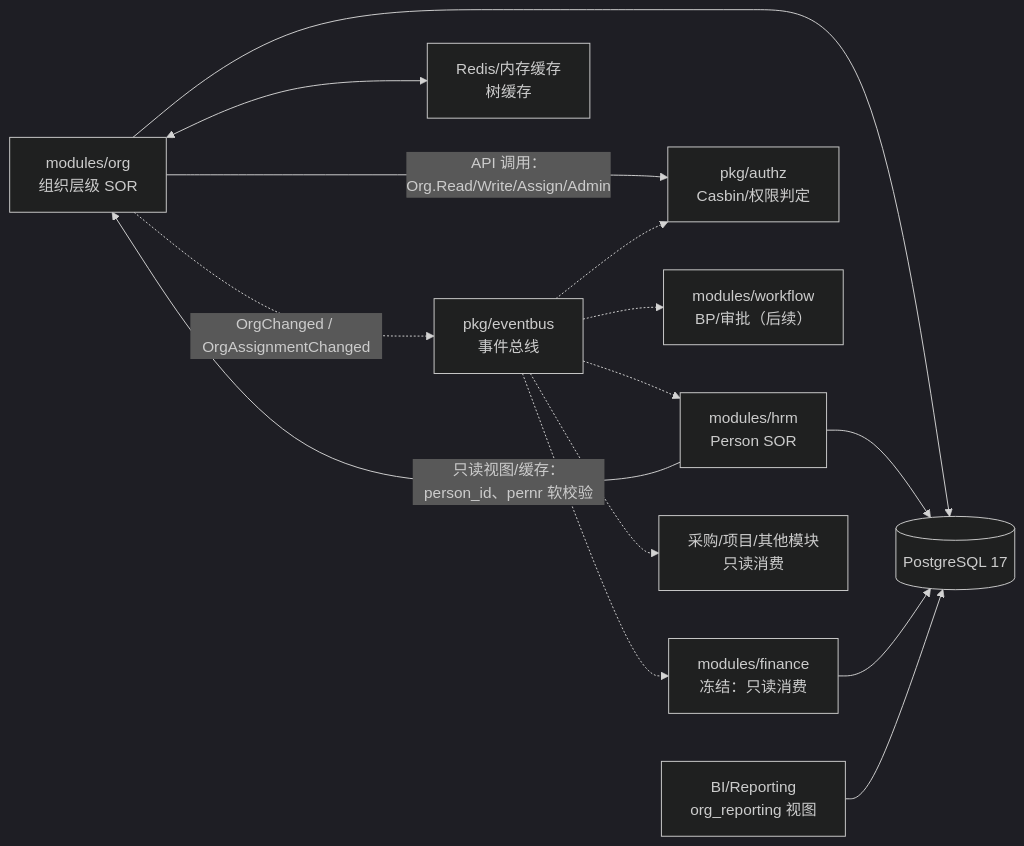
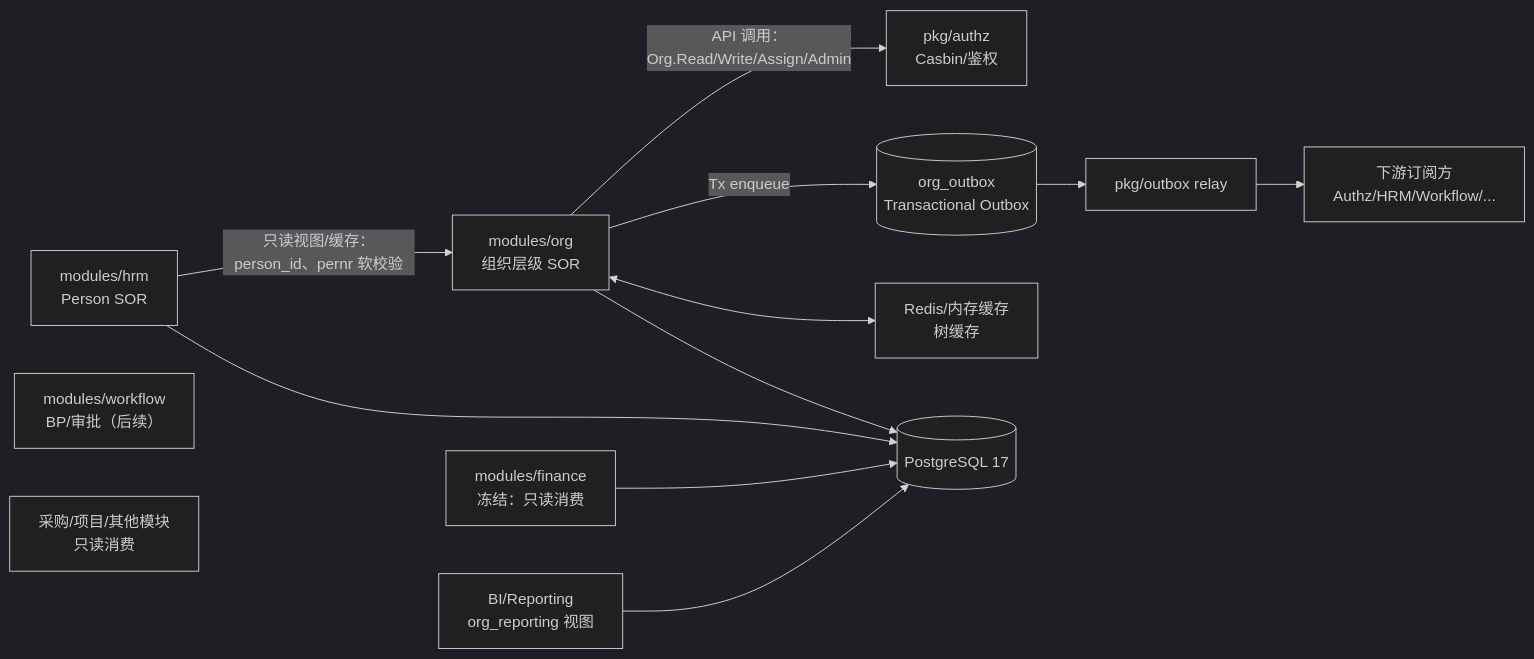
Before and after one commit to jacksonlee411/Bugs-Blossoms: the diagram in docs/dev-plans/020-organization-lifecycle.md, drawn with Mermaid (dark theme). The commit also changed other lines of this file and 7 other files, not shown here.

````diff
--- a/docs/dev-plans/020-organization-lifecycle.md
+++ b/docs/dev-plans/020-organization-lifecycle.md
@@ -136,28 +139,26 @@
 ```mermaid
 flowchart LR
   Org[modules/org<br/>组织层级 SOR]
   HRM[modules/hrm<br/>Person SOR]
-  Authz[pkg/authz<br/>Casbin/权限判定]
+  Authz[pkg/authz<br/>Casbin/鉴权]
   Workflow[modules/workflow<br/>BP/审批（后续）]
   Finance[modules/finance<br/>冻结：只读消费]
   Other[采购/项目/其他模块<br/>只读消费]
-  Bus[pkg/eventbus<br/>事件总线]
+  Outbox[(org_outbox<br/>Transactional Outbox)]
+  Relay[pkg/outbox relay]
+  Consumers[下游订阅方<br/>Authz/HRM/Workflow/...]
   Cache[Redis/内存缓存<br/>树缓存]
   DB[(PostgreSQL 17)]
   BI[BI/Reporting<br/>org_reporting 视图]
 
   HRM -->|只读视图/缓存：person_id、pernr 软校验| Org
   Org -->|API 调用：Org.Read/Write/Assign/Admin| Authz
   Org <--> Cache
   Org --> DB
+  Org -->|Tx enqueue| Outbox
   HRM --> DB
   Finance --> DB
   BI --> DB
 
-  Org -.->|OrgChanged / OrgAssignmentChanged| Bus
-  Bus -.-> HRM
-  Bus -.-> Authz
-  Bus -.-> Workflow
-  Bus -.-> Finance
-  Bus -.-> Other
+  Outbox --> Relay --> Consumers
 ```
````
